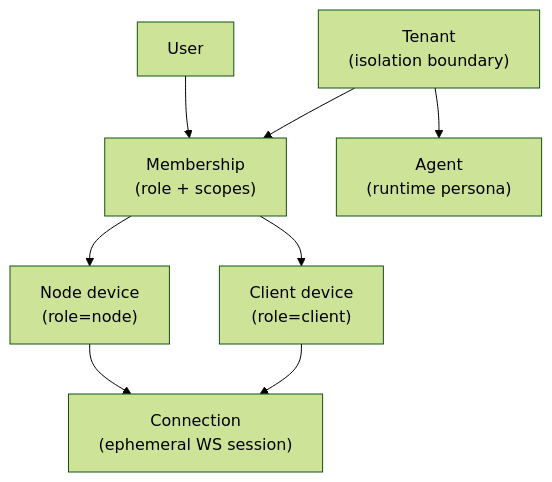
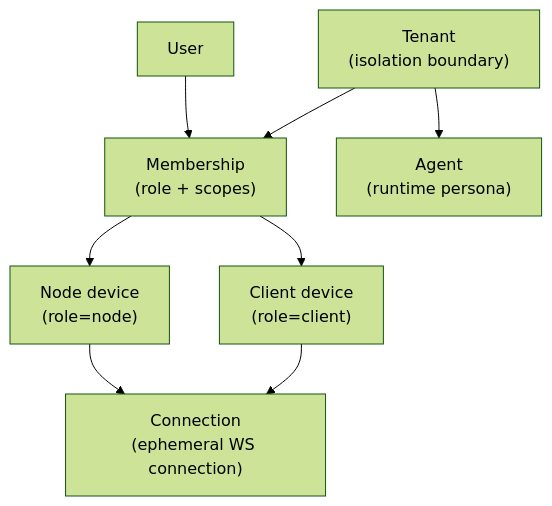
The diagram in docs/architecture/client/identity.md (tyrumai/tyrum), drawn with Mermaid (forest theme) before and after one commit. The commit also changed other lines of this file and 56 other files, not shown here.

Commit message:
docs: rewrite architecture around conversations and turns (#1829)

````diff
--- a/docs/architecture/client/identity.md
+++ b/docs/architecture/client/identity.md
@@ -15,18 +15,18 @@
 ```mermaid
 flowchart TB
   Tenant["Tenant<br/>(isolation boundary)"]
   User["User"]
   Membership["Membership<br/>(role + scopes)"]
   Agent["Agent<br/>(runtime persona)"]
   Client["Client device<br/>(role=client)"]
   Node["Node device<br/>(role=node)"]
-  Conn["Connection<br/>(ephemeral WS session)"]
+  Conn["Connection<br/>(ephemeral WS connection)"]
 
   Tenant --> Membership
   User --> Membership
   Tenant --> Agent
   Membership --> Client
   Membership --> Node
   Client --> Conn
   Node --> Conn
 ```
````
